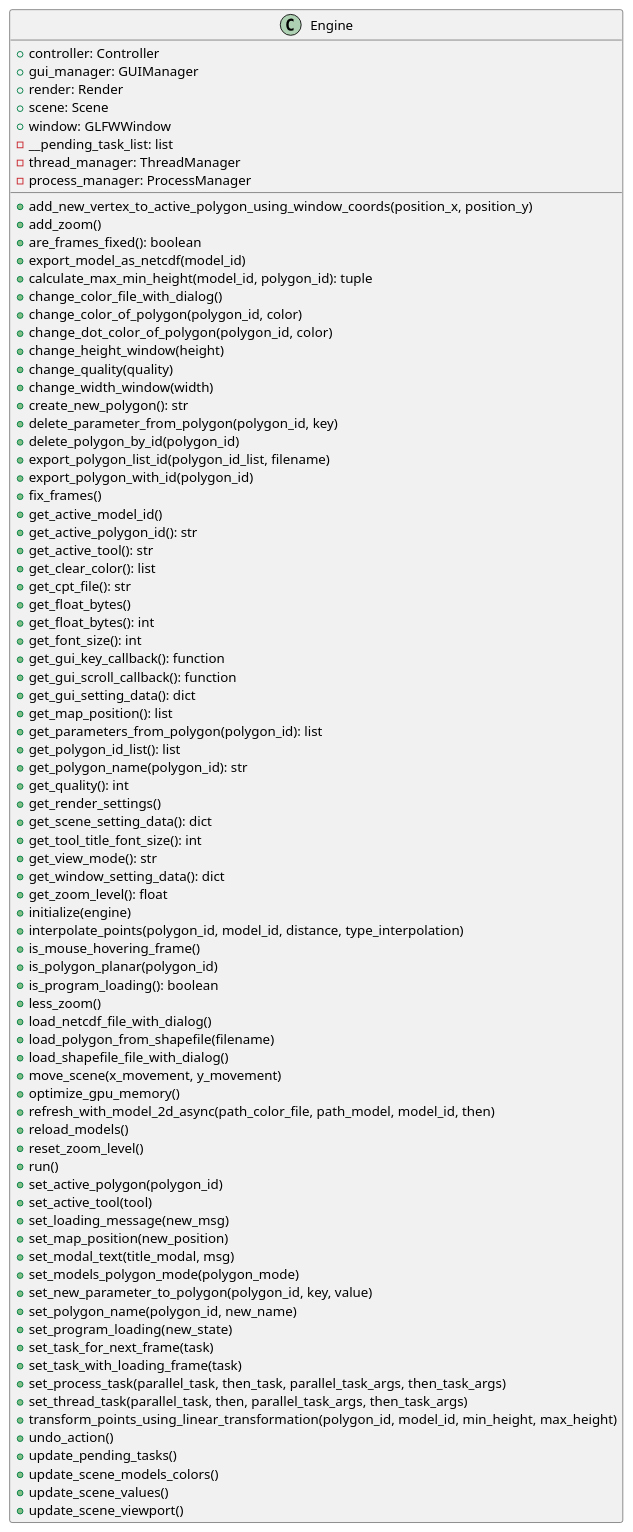
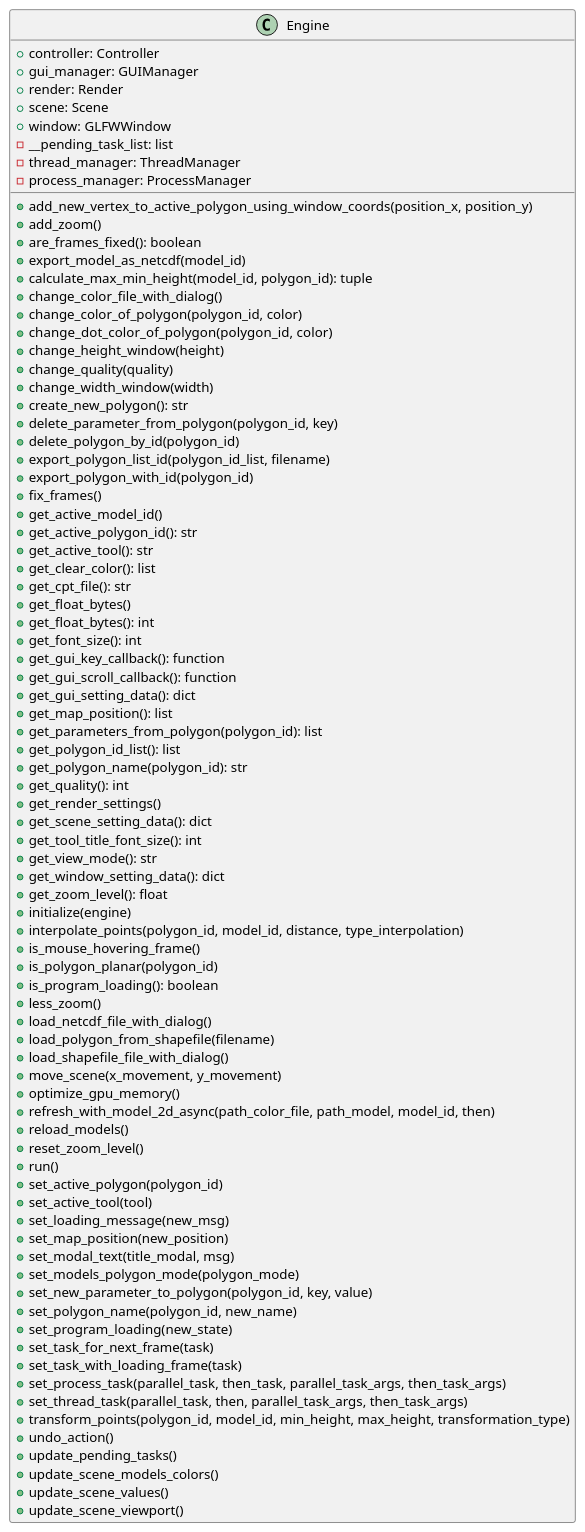
The diagram in docs/classes/Engine.puml (ferpoble2/Relief_Creator), drawn with PlantUML before and after one commit. The commit also changed 11 other files, not shown here.

Commit message:
Added error codes to the ModelTransformationError class

```diff
--- a/docs/classes/Engine.puml
+++ b/docs/classes/Engine.puml
@@ -1,87 +1,87 @@
 @startuml
 class Engine {
     + controller: Controller
     + gui_manager: GUIManager
     + render: Render
     + scene: Scene
     + window: GLFWWindow
     - __pending_task_list: list
     - thread_manager: ThreadManager
     - process_manager: ProcessManager
 
     + add_new_vertex_to_active_polygon_using_window_coords(position_x, position_y)
     + add_zoom()
     + are_frames_fixed(): boolean
     + export_model_as_netcdf(model_id)
     + calculate_max_min_height(model_id, polygon_id): tuple
     + change_color_file_with_dialog()
     + change_color_of_polygon(polygon_id, color)
     + change_dot_color_of_polygon(polygon_id,  color)
     + change_height_window(height)
     + change_quality(quality)
     + change_width_window(width)
     + create_new_polygon(): str
     + delete_parameter_from_polygon(polygon_id, key)
     + delete_polygon_by_id(polygon_id)
     + export_polygon_list_id(polygon_id_list, filename)
     + export_polygon_with_id(polygon_id)
     + fix_frames()
     + get_active_model_id()
     + get_active_polygon_id(): str
     + get_active_tool(): str
     + get_clear_color(): list
     + get_cpt_file(): str
     + get_float_bytes()
     + get_float_bytes(): int
     + get_font_size(): int
     + get_gui_key_callback(): function
     + get_gui_scroll_callback(): function
     + get_gui_setting_data(): dict
     + get_map_position(): list
     + get_parameters_from_polygon(polygon_id): list
     + get_polygon_id_list(): list
     + get_polygon_name(polygon_id): str
     + get_quality(): int
     + get_render_settings()
     + get_scene_setting_data(): dict
     + get_tool_title_font_size(): int
     + get_view_mode(): str
     + get_window_setting_data(): dict
     + get_zoom_level(): float
     + initialize(engine)
     + interpolate_points(polygon_id, model_id, distance, type_interpolation)
     + is_mouse_hovering_frame()
     + is_polygon_planar(polygon_id)
     + is_program_loading(): boolean
     + less_zoom()
     + load_netcdf_file_with_dialog()
     + load_polygon_from_shapefile(filename)
     + load_shapefile_file_with_dialog()
     + move_scene(x_movement, y_movement)
     + optimize_gpu_memory()
     + refresh_with_model_2d_async(path_color_file, path_model, model_id, then)
     + reload_models()
     + reset_zoom_level()
     + run()
     + set_active_polygon(polygon_id)
     + set_active_tool(tool)
     + set_loading_message(new_msg)
     + set_map_position(new_position)
     + set_modal_text(title_modal, msg)
     + set_models_polygon_mode(polygon_mode)
     + set_new_parameter_to_polygon(polygon_id, key, value)
     + set_polygon_name(polygon_id, new_name)
     + set_program_loading(new_state)
     + set_task_for_next_frame(task)
     + set_task_with_loading_frame(task)
     + set_process_task(parallel_task, then_task, parallel_task_args, then_task_args)
     + set_thread_task(parallel_task, then, parallel_task_args, then_task_args)
-    + transform_points_using_linear_transformation(polygon_id, model_id, min_height, max_height)
+    + transform_points(polygon_id, model_id, min_height, max_height, transformation_type)
     + undo_action()
     + update_pending_tasks()
     + update_scene_models_colors()
     + update_scene_values()
     + update_scene_viewport()
 }
 
 @enduml
```
